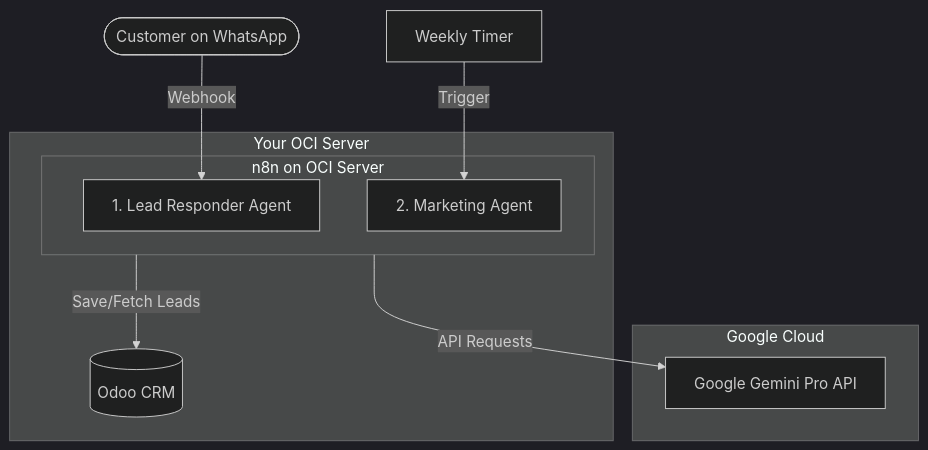
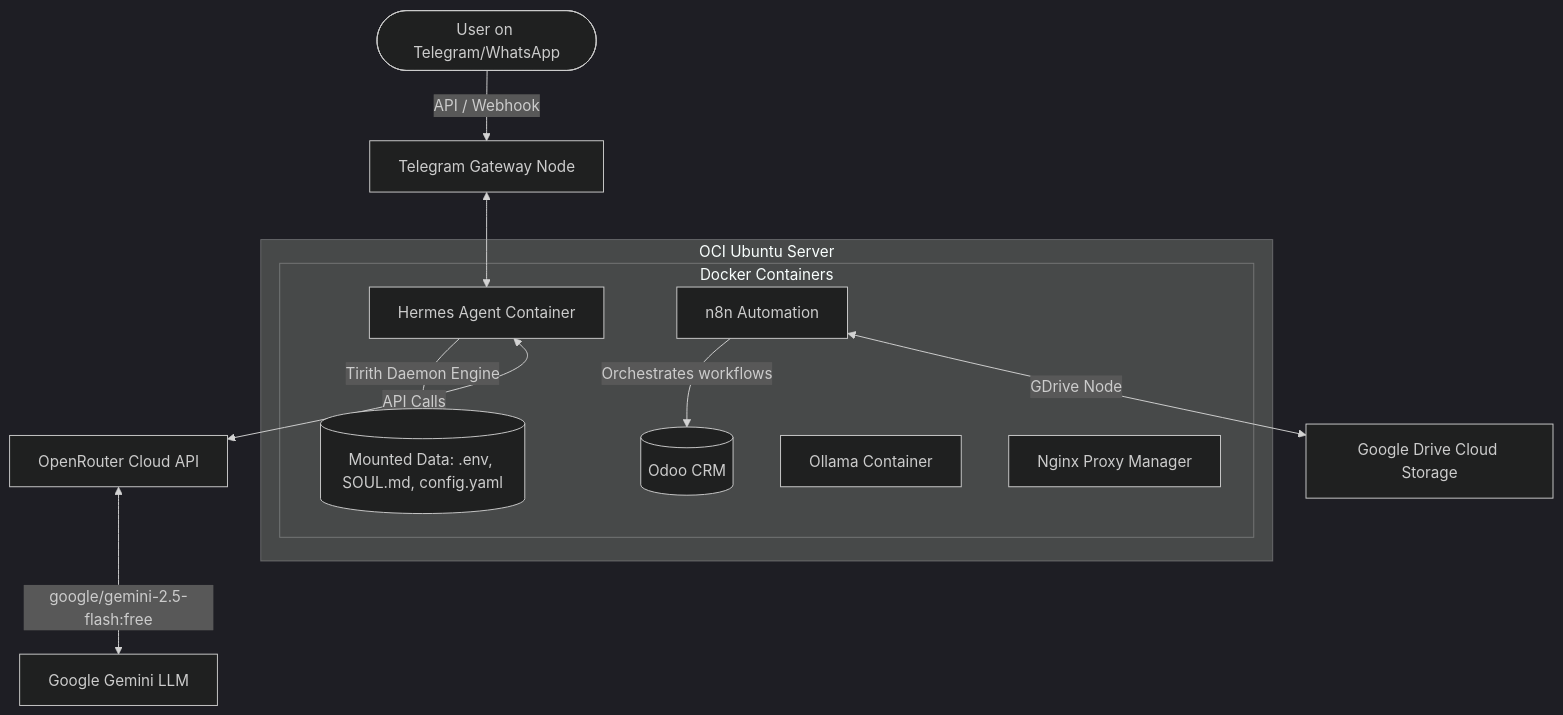
The diagram in README.md (duap00/agentic-ai-workspace), drawn with Mermaid (dark theme) before and after one commit. The commit also changed other lines of this file, not shown here.

Commit message:
Update README.md with the containerized OCI/Docker multi-agent architecture

````diff
--- a/README.md
+++ b/README.md
@@ -28,18 +28,18 @@
 ```mermaid
 graph TD
-    User([Customer on WhatsApp]) -->|Webhook| Responder[1. Lead Responder Agent]
-    Cron[Weekly Timer] -->|Trigger| Marketing[2. Marketing Agent]
+    User([User on Telegram/WhatsApp]) -->|API / Webhook| TelegramGW[Telegram Gateway Node]
     
-    subgraph n8n [n8n on OCI Server]
-        Responder
-        Marketing
+    subgraph OCI [OCI Ubuntu Server]
+        subgraph Docker [Docker Containers]
+            Hermes[Hermes Agent Container] -->|Tirith Daemon Engine| LocalData[(Mounted Data: .env, SOUL.md, config.yaml)]
+            n8n[n8n Automation] -->|Orchestrates workflows| Odoo[(Odoo CRM)]
+            Ollama[Ollama Container]
+            Nginx[Nginx Proxy Manager]
+        end
     end
     
-    subgraph OCI [Your OCI Server]
-        n8n -->|Save/Fetch Leads| Odoo[(Odoo CRM)]
-    end
-    
-    subgraph Cloud [Google Cloud]
-        n8n -->|API Requests| Gemini[Google Gemini Pro API]
-    end
+    TelegramGW <--> Hermes
+    Hermes <-->|API Calls| OpenRouter[OpenRouter Cloud API]
+    OpenRouter <-->|google/gemini-2.5-flash:free| Gemini[Google Gemini LLM]
+    n8n <-->|GDrive Node| GDrive[Google Drive Cloud Storage]
 ```
````
